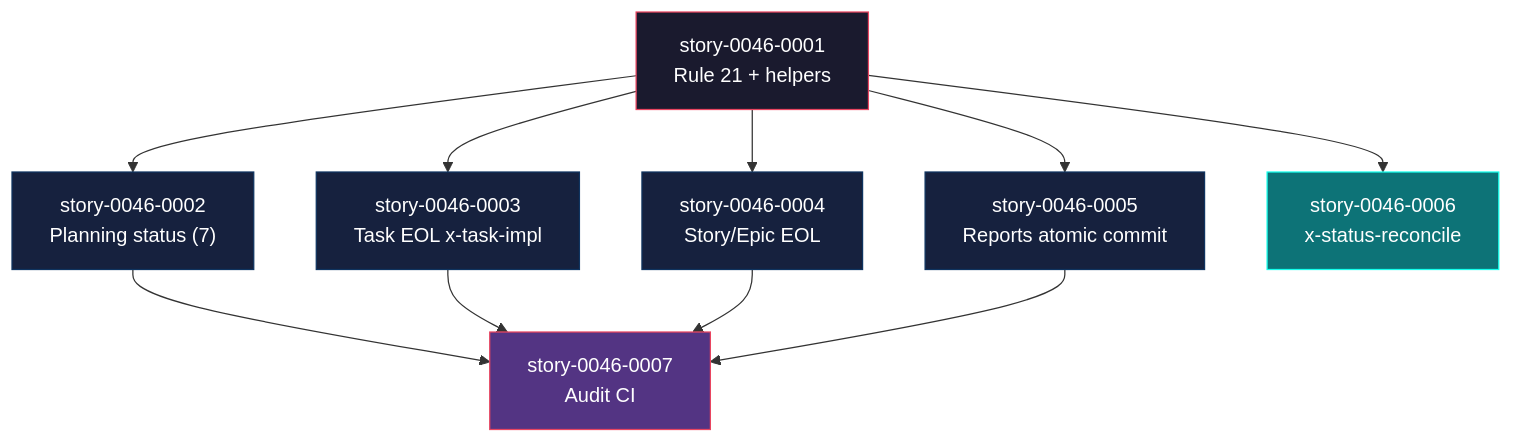
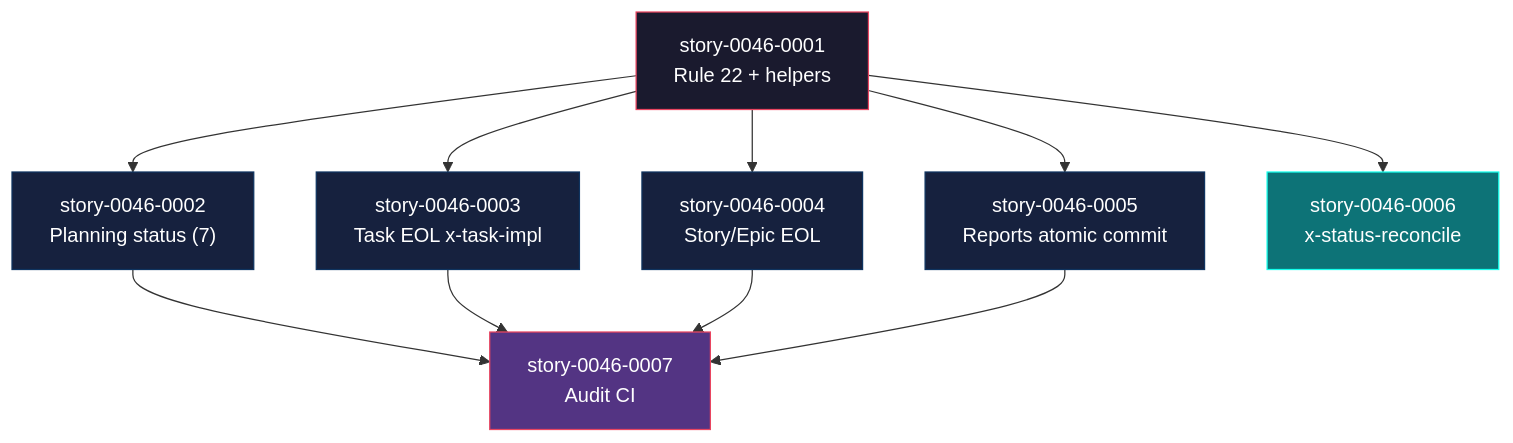
One commit to edercnj/ia-dev-environment changed the first of 2 diagrams in plans/epic-0046/IMPLEMENTATION-MAP.md. Above: the diagram before and after it, drawn with Mermaid. The commit also changed other lines of this file and 123 other files, not shown here.

First line of the commit message:
feat(story-0046-0001): Rule 22 lifecycle-integrity + matrix + Java helpers (#518)

````diff
--- a/plans/epic-0046/IMPLEMENTATION-MAP.md
+++ b/plans/epic-0046/IMPLEMENTATION-MAP.md
@@ -86,37 +86,37 @@
 ```mermaid
 graph TD
-    S0001["story-0046-0001<br/>Rule 21 + helpers"]
+    S0001["story-0046-0001<br/>Rule 22 + helpers"]
     S0002["story-0046-0002<br/>Planning status (7)"]
     S0003["story-0046-0003<br/>Task EOL x-task-impl"]
     S0004["story-0046-0004<br/>Story/Epic EOL"]
     S0005["story-0046-0005<br/>Reports atomic commit"]
     S0006["story-0046-0006<br/>x-status-reconcile"]
     S0007["story-0046-0007<br/>Audit CI"]
 
     %% Fase 0 → 1
     S0001 --> S0002
     S0001 --> S0003
     S0001 --> S0004
     S0001 --> S0005
     S0001 --> S0006
 
     %% Fase 1 → 2
     S0002 --> S0007
     S0003 --> S0007
     S0004 --> S0007
     S0005 --> S0007
 
     %% Estilos por fase
     classDef fase0 fill:#1a1a2e,stroke:#e94560,color:#fff
     classDef fase1 fill:#16213e,stroke:#0f3460,color:#fff
     classDef fase2 fill:#533483,stroke:#e94560,color:#fff
     classDef faseLeaf fill:#0d7377,stroke:#14ffec,color:#fff
 
     class S0001 fase0
     class S0002 fase1
     class S0003 fase1
     class S0004 fase1
     class S0005 fase1
     class S0006 faseLeaf
     class S0007 fase2
 ```
````
